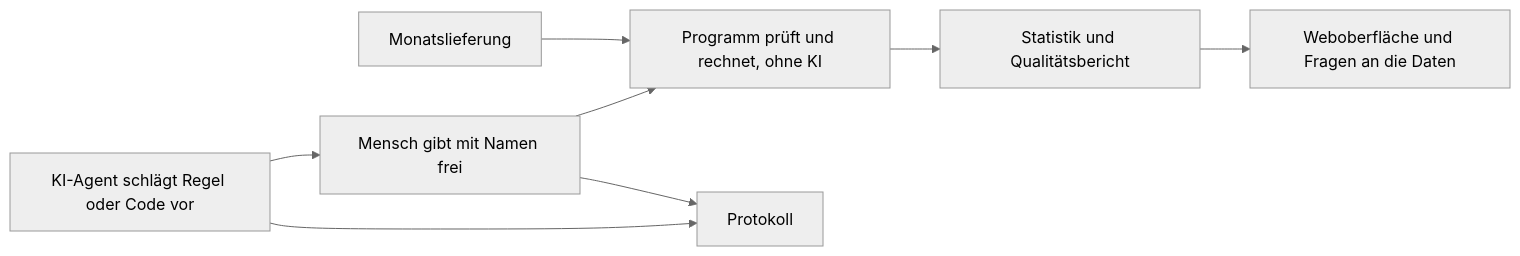
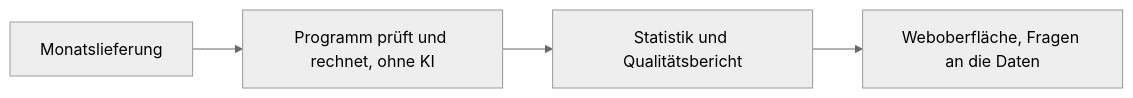
Before and after one commit to Kanevry/statagent-ki-challenge-2026: the first of 2 diagrams in README.md, drawn with Mermaid (neutral theme). The commit also changed other lines of this file and 7 other files, not shown here.

````diff
--- a/README.md
+++ b/README.md
@@ -33,10 +37,6 @@
 ```mermaid
 flowchart LR
   L["Monatslieferung"] --> P["Programm prüft und rechnet, ohne KI"]
   P --> S["Statistik und Qualitätsbericht"]
-  S --> W["Weboberfläche und Fragen an die Daten"]
-  A["KI-Agent schlägt Regel oder Code vor"] --> M["Mensch gibt mit Namen frei"]
-  M --> P
-  A --> R["Protokoll"]
-  M --> R
+  S --> W["Weboberfläche, Fragen an die Daten"]
 ```
````
